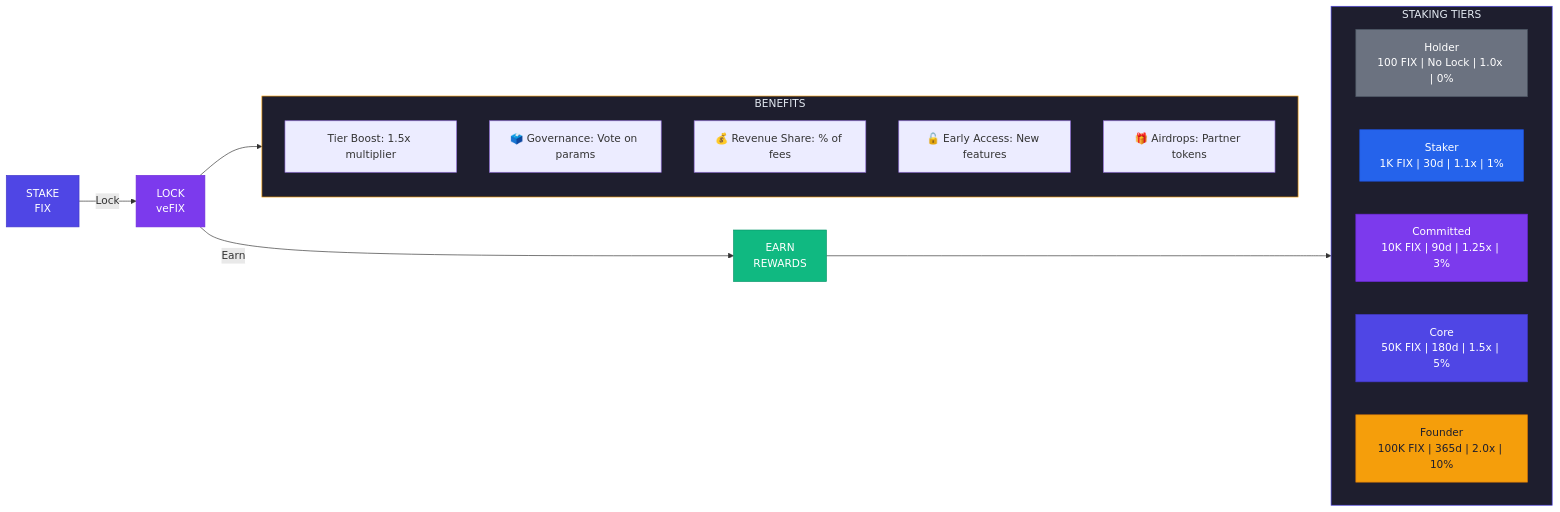
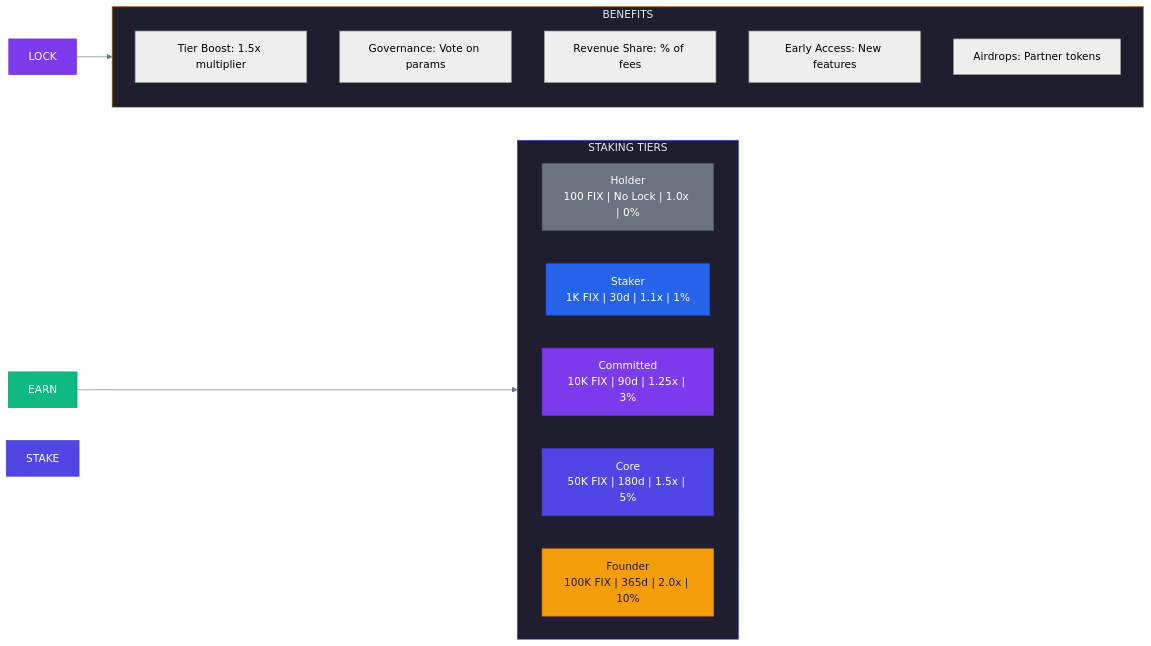
Before and after one commit to guglxni/the-fixer-hook: the third of 13 diagrams in docs/ENHANCEMENT_BRAINSTORM.md, drawn with Mermaid. The commit also changed other lines of this file and 514 other files, not shown here.

Commit message:
Clean docs: remove emojis, add professional mermaid styling

````diff
--- a/docs/ENHANCEMENT_BRAINSTORM.md
+++ b/docs/ENHANCEMENT_BRAINSTORM.md
@@ -150,35 +148,31 @@
 ```mermaid
+%%{init: {'theme': 'neutral', 'themeVariables': { 'primaryColor': '#2563eb', 'primaryTextColor': '#1e293b', 'primaryBorderColor': '#3b82f6', 'lineColor': '#64748b', 'secondaryColor': '#f1f5f9', 'tertiaryColor': '#e2e8f0'}}}%%
 flowchart LR
-    STAKE["STAKE\nFIX"] -->|Lock| LOCK["LOCK\nveFIX"] -->|Earn| EARN["EARN\nREWARDS"]
     LOCK --> BENEFITS
-
     subgraph BENEFITS["BENEFITS"]
         B1["Tier Boost: 1.5x multiplier"]
-        B2["🗳️ Governance: Vote on params"]
-        B3["💰 Revenue Share: % of fees"]
-        B4["🔓 Early Access: New features"]
-        B5["🎁 Airdrops: Partner tokens"]
+        B2[" Governance: Vote on params"]
+        B3[" Revenue Share: % of fees"]
+        B4[" Early Access: New features"]
+        B5[" Airdrops: Partner tokens"]
     end
-
     subgraph TIERS["STAKING TIERS"]
         direction LR
         T1["Holder\n100 FIX | No Lock | 1.0x | 0%"]
         T2["Staker\n1K FIX | 30d | 1.1x | 1%"]
         T3["Committed\n10K FIX | 90d | 1.25x | 3%"]
         T4["Core\n50K FIX | 180d | 1.5x | 5%"]
         T5["Founder\n100K FIX | 365d | 2.0x | 10%"]
     end
-
     EARN --> TIERS
-
     style STAKE fill:#4F46E5,color:#FFFFFF,stroke:#4338CA
     style LOCK fill:#7C3AED,color:#FFFFFF,stroke:#6D28D9
     style EARN fill:#10B981,color:#FFFFFF,stroke:#059669
     style BENEFITS fill:#1E1E2E,color:#E2E8F0,stroke:#F59E0B
     style TIERS fill:#1E1E2E,color:#E2E8F0,stroke:#4F46E5
     style T1 fill:#6B7280,color:#FFFFFF,stroke:#4B5563
     style T2 fill:#2563EB,color:#FFFFFF,stroke:#1D4ED8
     style T3 fill:#7C3AED,color:#FFFFFF,stroke:#6D28D9
     style T4 fill:#4F46E5,color:#FFFFFF,stroke:#4338CA
     style T5 fill:#F59E0B,color:#1E1E2E,stroke:#D97706
 ```
````
